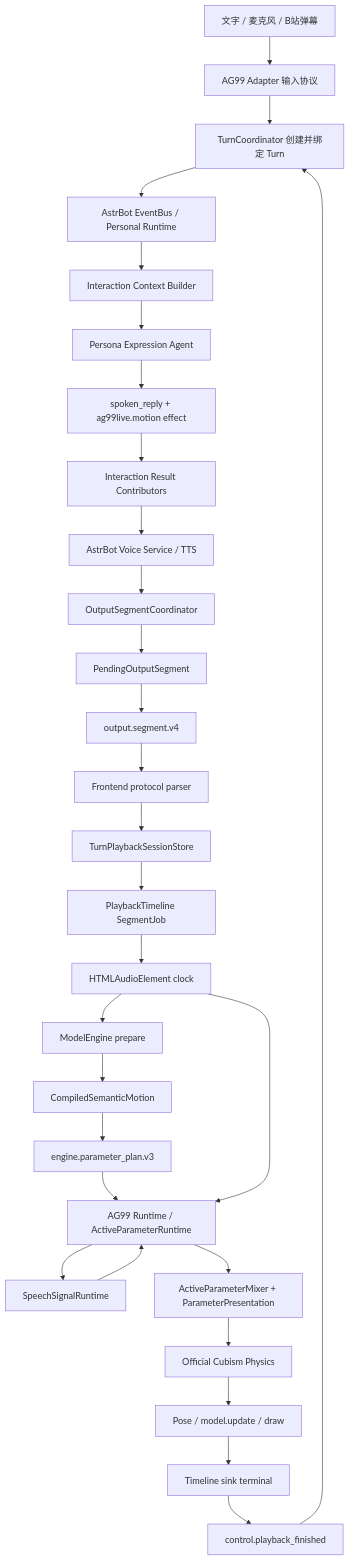
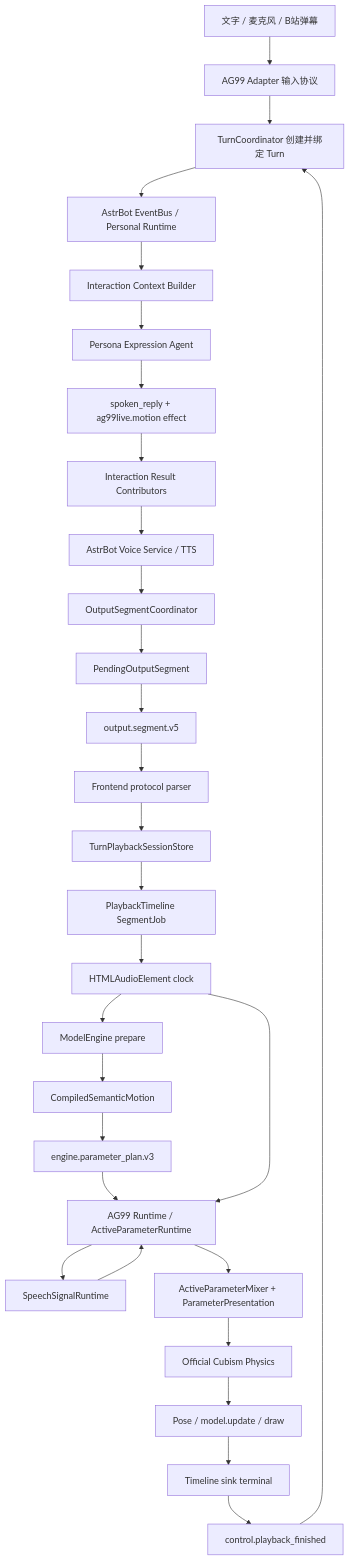
Before and after one commit to murphys7017/AG99live: the diagram in docs/02-设计文档/19-角色表演主流程与编排职责审计.md, drawn with Mermaid. The commit also changed other lines of this file and 52 other files, not shown here.

````diff
--- a/docs/02-设计文档/19-角色表演主流程与编排职责审计.md
+++ b/docs/02-设计文档/19-角色表演主流程与编排职责审计.md
@@ -57,31 +57,31 @@
 ```mermaid
 flowchart TD
     INPUT[文字 / 麦克风 / B站弹幕] --> A[AG99 Adapter 输入协议]
     A --> B[TurnCoordinator 创建并绑定 Turn]
     B --> C[AstrBot EventBus / Personal Runtime]
     C --> D[Interaction Context Builder]
     D --> E[Persona Expression Agent]
     E --> F[spoken_reply + ag99live.motion effect]
     F --> G[Interaction Result Contributors]
     G --> H[AstrBot Voice Service / TTS]
     H --> I[OutputSegmentCoordinator]
     I --> J[PendingOutputSegment]
-    J --> K[output.segment.v4]
+    J --> K[output.segment.v5]
     K --> L[Frontend protocol parser]
     L --> M[TurnPlaybackSessionStore]
     M --> N[PlaybackTimeline SegmentJob]
     N --> O[HTMLAudioElement clock]
     O --> P[ModelEngine prepare]
     P --> Q[CompiledSemanticMotion]
     Q --> R[engine.parameter_plan.v3]
     R --> S[AG99 Runtime / ActiveParameterRuntime]
     O --> S
     S --> T[SpeechSignalRuntime]
     T --> S
     S --> U[ActiveParameterMixer + ParameterPresentation]
     U --> V[Official Cubism Physics]
     V --> W[Pose / model.update / draw]
     W --> X[Timeline sink terminal]
     X --> Y[control.playback_finished]
     Y --> B
 ```
````
